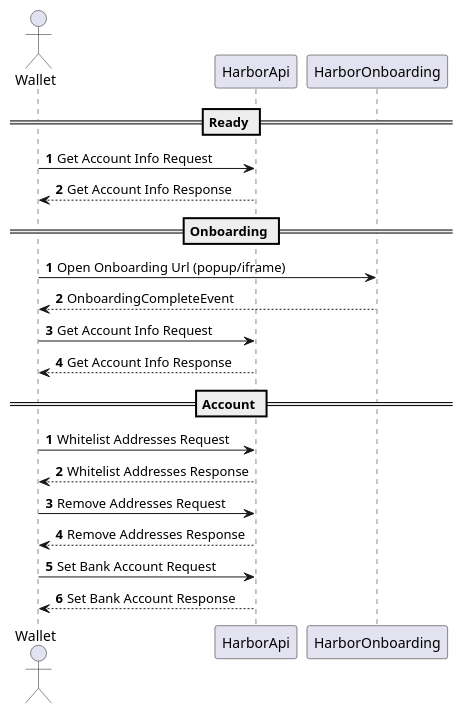
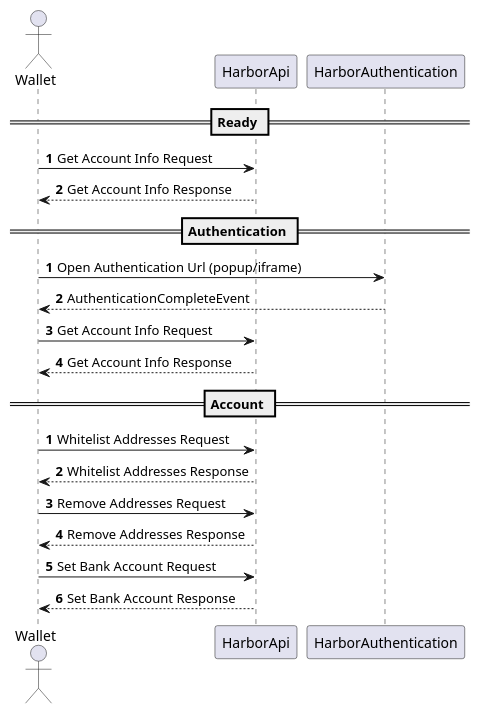
One commit to harbour-tech/harbour-ts-sdk changed the diagram in docs/ramp-api.puml. Above: the diagram before and after it, drawn with PlantUML. The commit also changed 10 other files, not shown here.

```diff
--- a/docs/ramp-api.puml
+++ b/docs/ramp-api.puml
@@ -1,32 +1,32 @@
 @startuml
 'https://plantuml.com/sequence-diagram
 
 actor Wallet
 
 == Ready ==
 autonumber
 Wallet -> HarborApi: Get Account Info Request
 Wallet <-- HarborApi: Get Account Info Response
 
-== Onboarding ==
+== Authentication ==
 autonumber
-Wallet -> HarborOnboarding: Open Onboarding Url (popup/iframe)
-Wallet <-- HarborOnboarding: OnboardingCompleteEvent
+Wallet -> HarborAuthentication: Open Authentication Url (popup/iframe)
+Wallet <-- HarborAuthentication: AuthenticationCompleteEvent
 
 Wallet -> HarborApi: Get Account Info Request
 Wallet <-- HarborApi: Get Account Info Response
 
 
 == Account ==
 autonumber
 Wallet -> HarborApi: Whitelist Addresses Request
 Wallet <-- HarborApi: Whitelist Addresses Response
 
 Wallet -> HarborApi: Remove Addresses Request
 Wallet <-- HarborApi: Remove Addresses Response
 
 Wallet -> HarborApi: Set Bank Account Request
 Wallet <-- HarborApi: Set Bank Account Response
 
 
 @enduml
```
